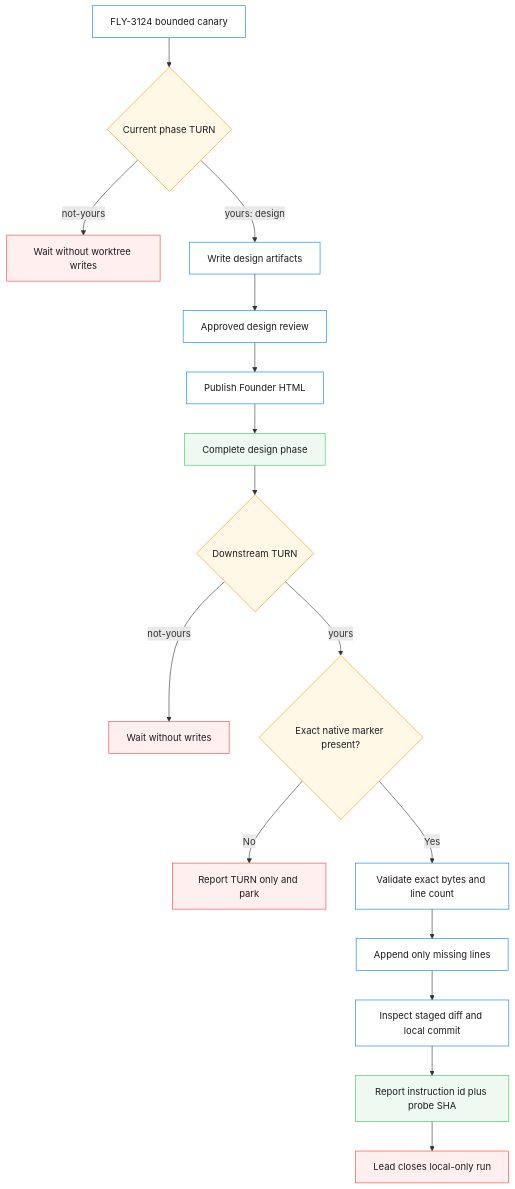
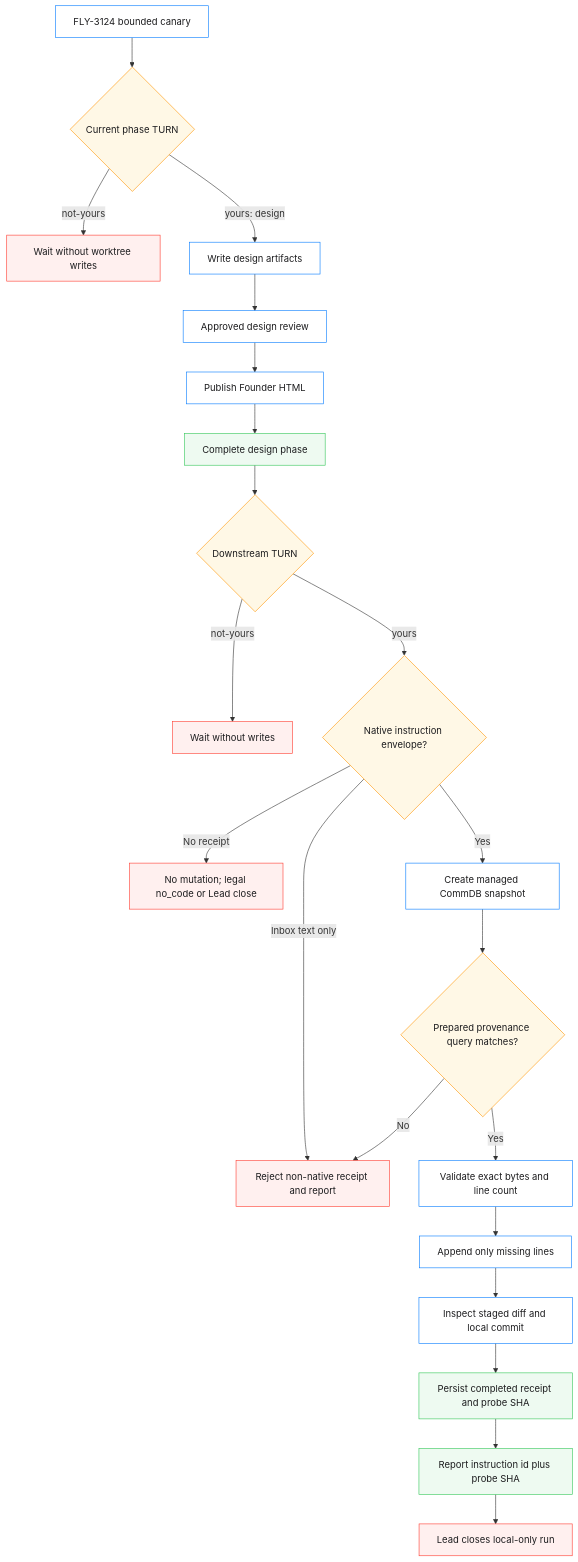
Before and after one commit to xrliAnnie/flywheel-qa-sandbox: the diagram in engineering/doc/FLY-3124-529-canary-claude/core-flow.mmd, drawn with Mermaid. The commit also changed 5 other files, not shown here.

```diff
--- a/engineering/doc/FLY-3124-529-canary-claude/core-flow.mmd
+++ b/engineering/doc/FLY-3124-529-canary-claude/core-flow.mmd
@@ -1,25 +1,30 @@
 flowchart TD
     I["FLY-3124 bounded canary"] --> T{"Current phase TURN"}
     T -->|"not-yours"| W["Wait without worktree writes"]
     T -->|"yours: design"| D["Write design artifacts"]
     D --> R["Approved design review"]
     R --> H["Publish Founder HTML"]
     H --> C["Complete design phase"]
     C --> T2{"Downstream TURN"}
     T2 -->|"not-yours"| W2["Wait without writes"]
-    T2 -->|"yours"| M{"Exact native marker present?"}
-    M -->|"No"| N["Report TURN only and park"]
-    M -->|"Yes"| V["Validate exact bytes and line count"]
+    T2 -->|"yours"| E{"Native instruction envelope?"}
+    E -->|"No receipt"| N["No mutation; legal no_code or Lead close"]
+    E -->|"Inbox text only"| X["Reject non-native receipt and report"]
+    E -->|"Yes"| S["Create managed CommDB snapshot"]
+    S --> P{"Prepared provenance query matches?"}
+    P -->|"No"| X
+    P -->|"Yes"| V["Validate exact bytes and line count"]
     V --> A["Append only missing lines"]
     A --> G["Inspect staged diff and local commit"]
-    G --> Q["Report instruction id plus probe SHA"]
-    Q --> B["Lead closes local-only run"]
+    G --> Q["Persist completed receipt and probe SHA"]
+    Q --> Z["Report instruction id plus probe SHA"]
+    Z --> B["Lead closes local-only run"]
 
     classDef authority fill:#fff8e6,stroke:#ff9500,color:#1d1d1f;
     classDef action fill:#ffffff,stroke:#007aff,color:#1d1d1f;
     classDef success fill:#eefaf1,stroke:#34c759,color:#1d1d1f;
     classDef stop fill:#fff0ef,stroke:#ff3b30,color:#1d1d1f;
-    class T,T2,M authority;
-    class I,D,R,H,V,A,G action;
-    class C,Q success;
-    class W,W2,N,B stop;
+    class T,T2,E,P authority;
+    class I,D,R,H,S,V,A,G action;
+    class C,Q,Z success;
+    class W,W2,N,X,B stop;
```
